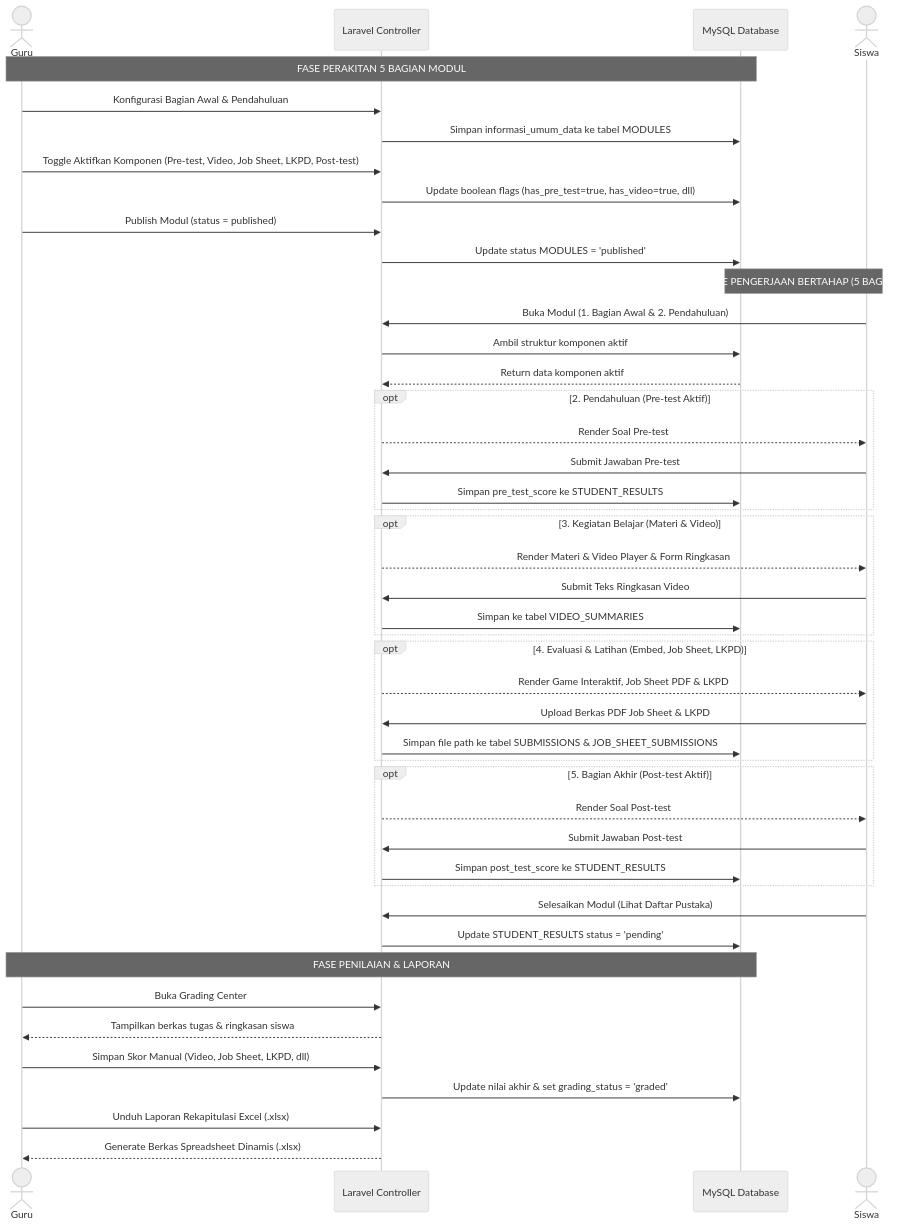
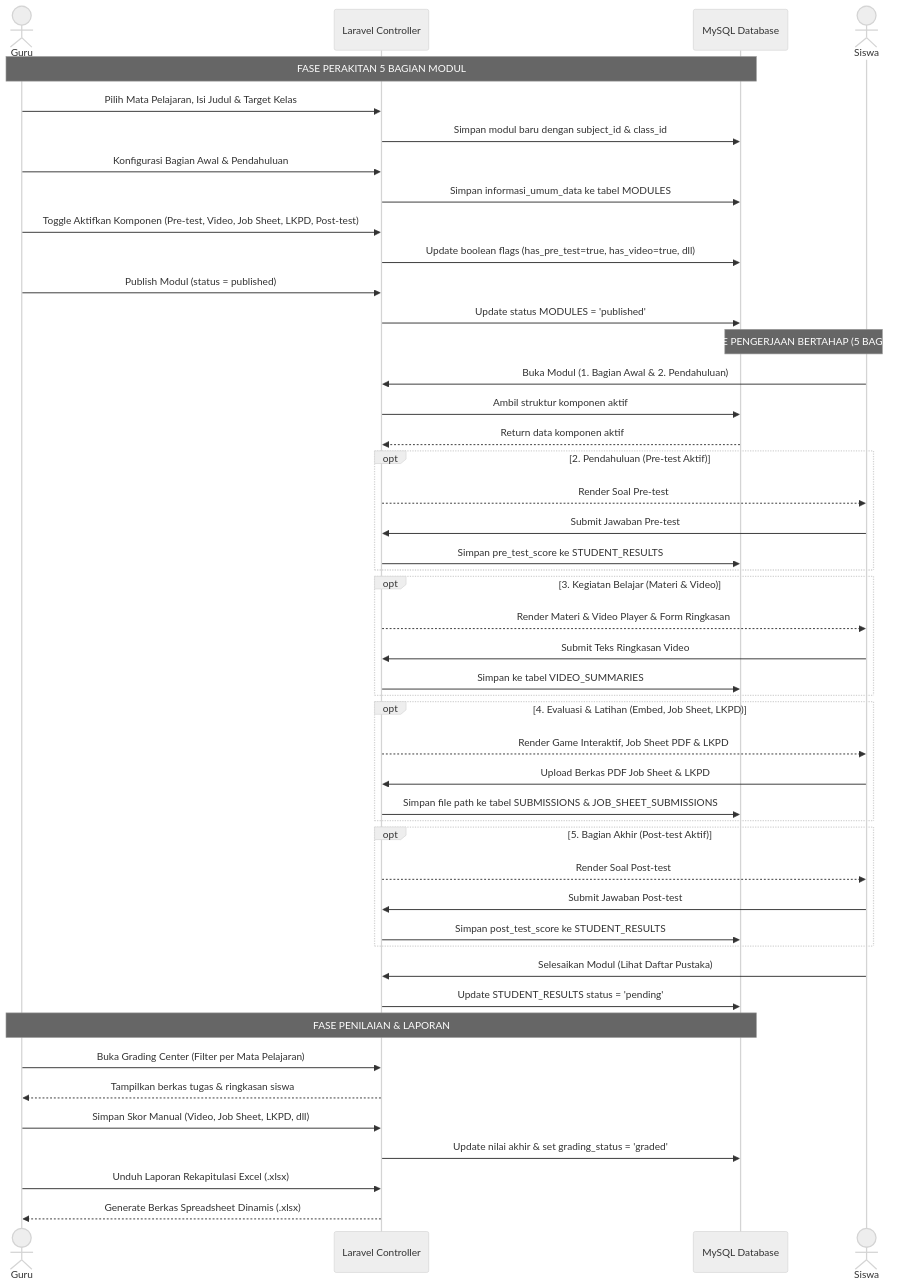
The first of 2 diagrams in prd.md (AdiLamunedo21/e-modul), drawn with Mermaid (neutral theme) before and after one commit. The commit also changed other lines of this file and 32 other files, not shown here.

Commit message:
feat: integrasi mata pelajaran guru (multi-mapel), subject switcher & filter di manajer modul, grading, laporan, kelas binaan, serta pembaruan dashboard dan prd.md

````diff
--- a/prd.md
+++ b/prd.md
@@ -220,55 +249,57 @@
 ```mermaid
 sequenceDiagram
     actor Guru
     participant Server as Laravel Controller
     participant DB as MySQL Database
     actor Siswa
 
     Note over Guru, DB: FASE PERAKITAN 5 BAGIAN MODUL
+    Guru->>Server: Pilih Mata Pelajaran, Isi Judul & Target Kelas
+    Server->>DB: Simpan modul baru dengan subject_id & class_id
     Guru->>Server: Konfigurasi Bagian Awal & Pendahuluan
     Server->>DB: Simpan informasi_umum_data ke tabel MODULES
     Guru->>Server: Toggle Aktifkan Komponen (Pre-test, Video, Job Sheet, LKPD, Post-test)
     Server->>DB: Update boolean flags (has_pre_test=true, has_video=true, dll)
     Guru->>Server: Publish Modul (status = published)
     Server->>DB: Update status MODULES = 'published'
 
     Note over Siswa, DB: FASE PENGERJAAN BERTAHAP (5 BAGIAN)
     Siswa->>Server: Buka Modul (1. Bagian Awal & 2. Pendahuluan)
     Server->>DB: Ambil struktur komponen aktif
     DB-->>Server: Return data komponen aktif
     
     opt 2. Pendahuluan (Pre-test Aktif)
         Server-->>Siswa: Render Soal Pre-test
         Siswa->>Server: Submit Jawaban Pre-test
         Server->>DB: Simpan pre_test_score ke STUDENT_RESULTS
     end
 
     opt 3. Kegiatan Belajar (Materi & Video)
         Server-->>Siswa: Render Materi & Video Player & Form Ringkasan
         Siswa->>Server: Submit Teks Ringkasan Video
         Server->>DB: Simpan ke tabel VIDEO_SUMMARIES
     end
 
     opt 4. Evaluasi & Latihan (Embed, Job Sheet, LKPD)
         Server-->>Siswa: Render Game Interaktif, Job Sheet PDF & LKPD
         Siswa->>Server: Upload Berkas PDF Job Sheet & LKPD
         Server->>DB: Simpan file path ke tabel SUBMISSIONS & JOB_SHEET_SUBMISSIONS
     end
 
     opt 5. Bagian Akhir (Post-test Aktif)
         Server-->>Siswa: Render Soal Post-test
         Siswa->>Server: Submit Jawaban Post-test
         Server->>DB: Simpan post_test_score ke STUDENT_RESULTS
     end
 
     Siswa->>Server: Selesaikan Modul (Lihat Daftar Pustaka)
     Server->>DB: Update STUDENT_RESULTS status = 'pending'
 
     Note over Guru, DB: FASE PENILAIAN & LAPORAN
-    Guru->>Server: Buka Grading Center
+    Guru->>Server: Buka Grading Center (Filter per Mata Pelajaran)
     Server-->>Guru: Tampilkan berkas tugas & ringkasan siswa
     Guru->>Server: Simpan Skor Manual (Video, Job Sheet, LKPD, dll)
     Server->>DB: Update nilai akhir & set grading_status = 'graded'
     Guru->>Server: Unduh Laporan Rekapitulasi Excel (.xlsx)
     Server-->>Guru: Generate Berkas Spreadsheet Dinamis (.xlsx)
 ```
````
